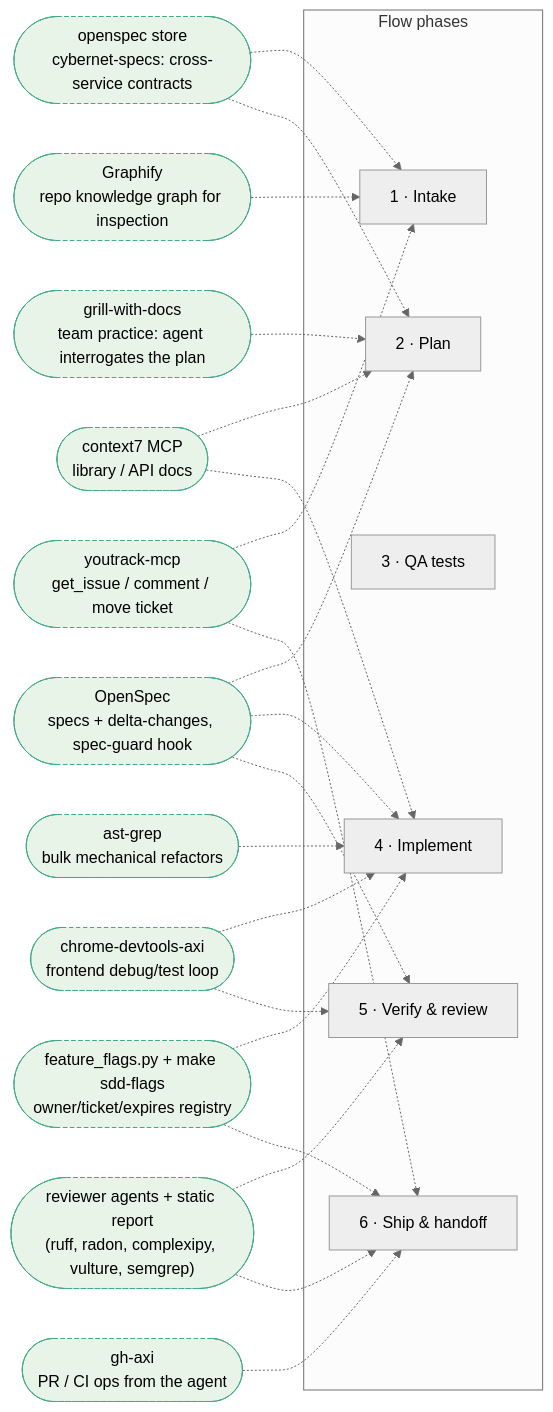
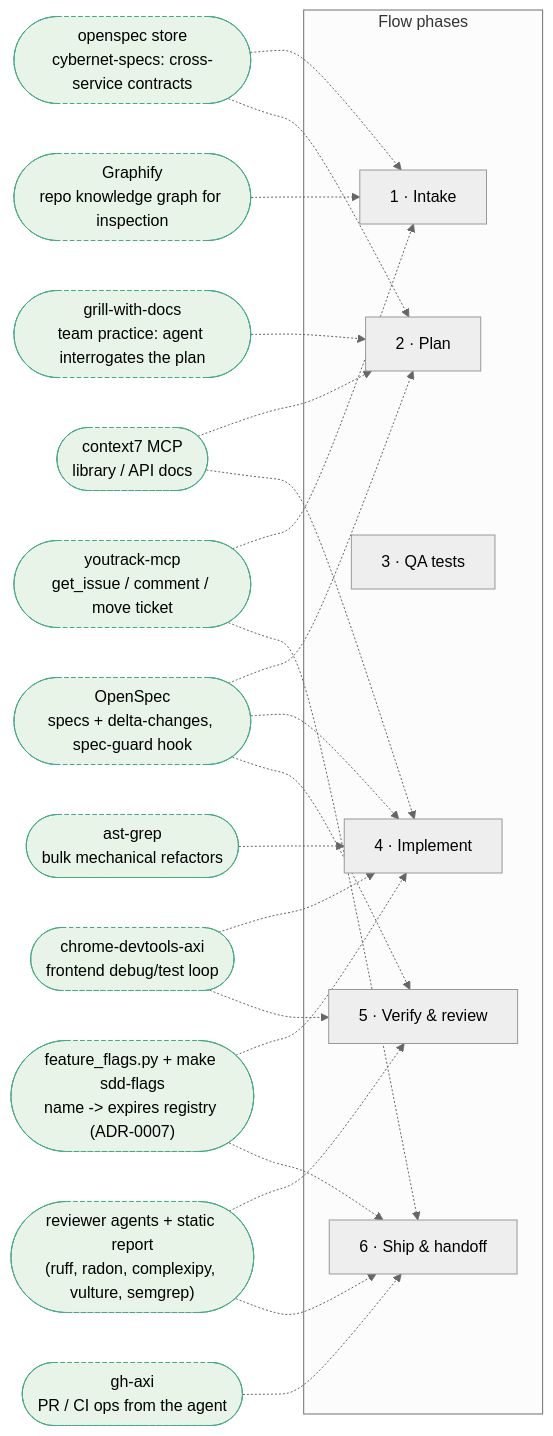
The second of 2 diagrams in WORKFLOW.md (CybernetKZ/sdd-kit), drawn with Mermaid (neutral theme) before and after one commit. The commit also changed other lines of this file and 7 other files, not shown here.

````diff
--- a/WORKFLOW.md
+++ b/WORKFLOW.md
@@ -130,33 +130,33 @@
 ```mermaid
 flowchart LR
     subgraph PHASES["Flow phases"]
         P1["1 · Intake"]
         P2["2 · Plan"]
         P3["3 · QA tests"]
         P4["4 · Implement"]
         P5["5 · Verify & review"]
         P6["6 · Ship & handoff"]
     end
     YTMCP(["youtrack-mcp<br/>get_issue / comment / move ticket"]) -.-> P1
     YTMCP -.-> P6
     STORE(["openspec store<br/>cybernet-specs: cross-service contracts"]) -.-> P1
     STORE -.-> P2
     GRAPH(["Graphify<br/>repo knowledge graph for inspection"]) -.-> P1
     OS(["OpenSpec<br/>specs + delta-changes, spec-guard hook"]) -.-> P2
     OS -.-> P4
     OS -.-> P5
     GWD(["grill-with-docs<br/>team practice: agent interrogates the plan"]) -.-> P2
     C7(["context7 MCP<br/>library / API docs"]) -.-> P2
     C7 -.-> P4
     ASTG(["ast-grep<br/>bulk mechanical refactors"]) -.-> P4
     CDA(["chrome-devtools-axi<br/>frontend debug/test loop"]) -.-> P4
     CDA -.-> P5
-    FLAGS(["feature_flags.py + make sdd-flags<br/>owner/ticket/expires registry"]) -.-> P4
+    FLAGS(["feature_flags.py + make sdd-flags<br/>name -> expires registry (ADR-0007)"]) -.-> P4
     FLAGS -.-> P6
     AGENTS(["reviewer agents + static report<br/>(ruff, radon, complexipy, vulture, semgrep)"]) -.-> P5
     AGENTS -.-> P6
     GHA(["gh-axi<br/>PR / CI ops from the agent"]) -.-> P6
 
     classDef tool fill:#e8f4e8,stroke:#4a8,stroke-dasharray: 4 3
     class YTMCP,STORE,GRAPH,C7,OS,GWD,ASTG,CDA,GHA,AGENTS,FLAGS tool
 ```
````
